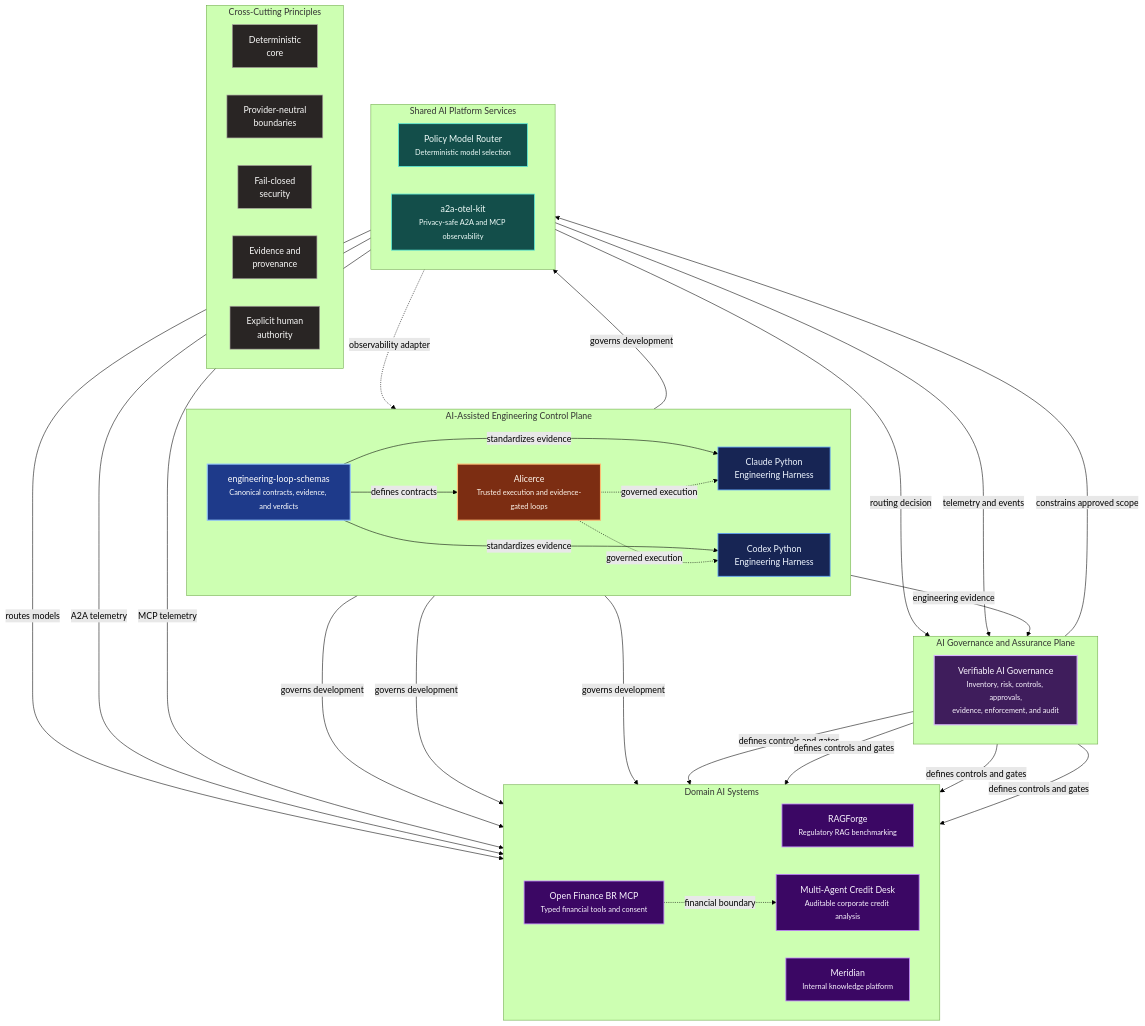
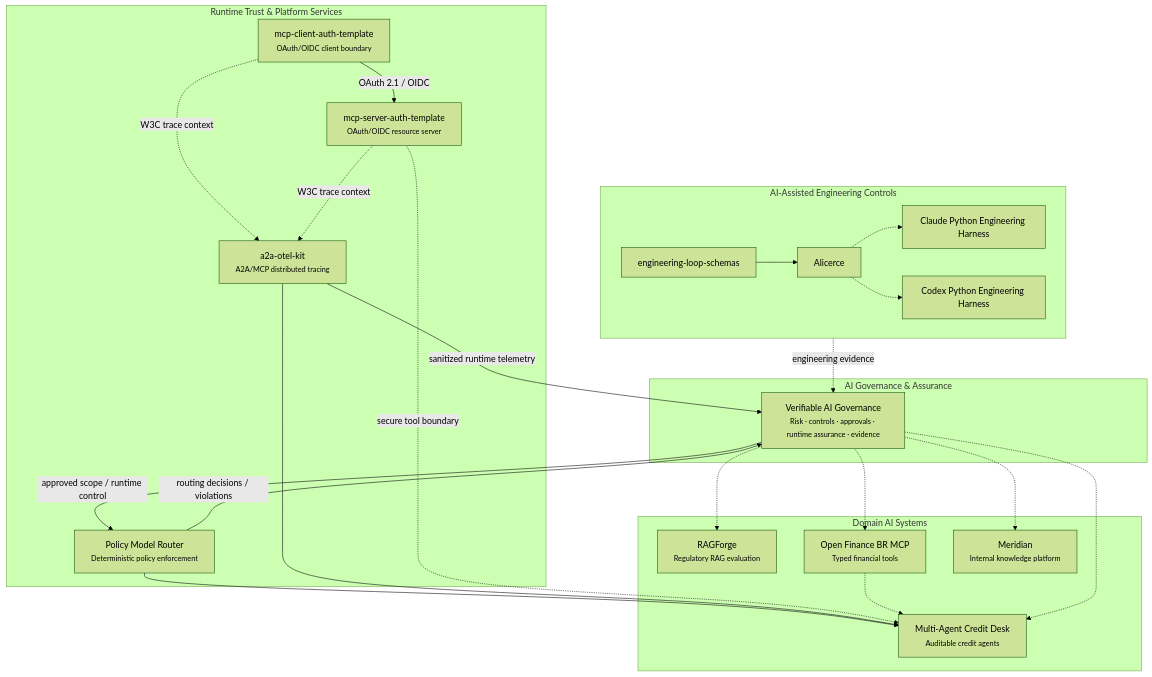
Before and after one commit to brunovicco/brunovicco: the first of 2 diagrams in PORTFOLIO_ARCHITECTURE.md, drawn with Mermaid (forest theme). The commit also changed other lines of this file and 8 other files, not shown here.

````diff
--- a/PORTFOLIO_ARCHITECTURE.md
+++ b/PORTFOLIO_ARCHITECTURE.md
@@ -18,80 +11,51 @@
 ```mermaid
 flowchart TB
-    subgraph GOVERNANCE["AI Governance and Assurance Plane"]
-        direction LR
-        VAG["Verifiable AI Governance<br/><small>Inventory, risk, controls, approvals,<br/>evidence, enforcement, and audit</small>"]
+    subgraph GOV["AI Governance & Assurance"]
+        VAG["Verifiable AI Governance<br/><small>Risk · controls · approvals · runtime assurance · evidence</small>"]
     end
 
-    subgraph CONTROL["AI-Assisted Engineering Control Plane"]
-        direction LR
-        LS["engineering-loop-schemas<br/><small>Canonical contracts, evidence, and verdicts</small>"]
-        AL["Alicerce<br/><small>Trusted execution and evidence-gated loops</small>"]
-        CH["Claude Python<br/>Engineering Harness"]
-        CX["Codex Python<br/>Engineering Harness"]
+    subgraph TRUST["Runtime Trust & Platform Services"]
+        PMR["Policy Model Router<br/><small>Deterministic policy enforcement</small>"]
+        A2A["a2a-otel-kit<br/><small>A2A/MCP distributed tracing</small>"]
+        MCPC["mcp-client-auth-template<br/><small>OAuth/OIDC client boundary</small>"]
+        MCPS["mcp-server-auth-template<br/><small>OAuth/OIDC resource server</small>"]
 
-        LS -->|"defines contracts"| AL
-        LS -->|"standardizes evidence"| CH
-        LS -->|"standardizes evidence"| CX
-        AL -.->|"governed execution"| CH
-        AL -.->|"governed execution"| CX
+        MCPC -->|"OAuth 2.1 / OIDC"| MCPS
+        MCPC -.->|"W3C trace context"| A2A
+        MCPS -.->|"W3C trace context"| A2A
     end
 
-    subgraph PLATFORM["Shared AI Platform Services"]
-        direction LR
-        PMR["Policy Model Router<br/><small>Deterministic model selection</small>"]
-        OTEL["a2a-otel-kit<br/><small>Privacy-safe A2A and MCP observability</small>"]
+    subgraph DOMAIN["Domain AI Systems"]
+        RAG["RAGForge<br/><small>Regulatory RAG evaluation</small>"]
+        CREDIT["Multi-Agent Credit Desk<br/><small>Auditable credit agents</small>"]
+        OF["Open Finance BR MCP<br/><small>Typed financial tools</small>"]
+        MER["Meridian<br/><small>Internal knowledge platform</small>"]
     end
 
-    subgraph APPS["Domain AI Systems"]
-        direction LR
-        RF["RAGForge<br/><small>Regulatory RAG benchmarking</small>"]
-        ME["Meridian<br/><small>Internal knowledge platform</small>"]
-        OF["Open Finance BR MCP<br/><small>Typed financial tools and consent</small>"]
-        CD["Multi-Agent Credit Desk<br/><small>Auditable corporate credit analysis</small>"]
+    subgraph ENG["AI-Assisted Engineering Controls"]
+        SCHEMAS["engineering-loop-schemas"]
+        ALICERCE["Alicerce"]
+        CLAUDE["Claude Python Engineering Harness"]
+        CODEX["Codex Python Engineering Harness"]
+
+        SCHEMAS --> ALICERCE
+        ALICERCE -.-> CLAUDE
+        ALICERCE -.-> CODEX
     end
 
-    VAG -->|"defines controls and gates"| RF
-    VAG -->|"defines controls and gates"| ME
-    VAG -->|"defines controls and gates"| OF
-    VAG -->|"defines controls and gates"| CD
-    VAG -->|"constrains approved scope"| PMR
-    PMR -->|"routing decision"| VAG
-    OTEL -->|"telemetry and events"| VAG
-    AL -->|"engineering evidence"| VAG
+    VAG -->|"approved scope / runtime control"| PMR
+    PMR -->|"routing decisions / violations"| VAG
+    A2A -->|"sanitized runtime telemetry"| VAG
 
-    CH -->|"governs development"| RF
-    CH -->|"governs development"| CD
-    CH -->|"governs development"| PMR
-    CX -->|"governs development"| ME
+    PMR --> CREDIT
+    A2A --> CREDIT
+    MCPS -.->|"secure tool boundary"| CREDIT
+    OF -.-> CREDIT
 
-    PMR -->|"routes models"| CD
-    OTEL -->|"A2A telemetry"| CD
-    OTEL -->|"MCP telemetry"| OF
-    OF -.->|"financial boundary"| CD
-    OTEL -.->|"observability adapter"| AL
+    VAG -.-> RAG
+    VAG -.-> CREDIT
+    VAG -.-> OF
+    VAG -.-> MER
 
-    subgraph PRINCIPLES["Cross-Cutting Principles"]
-        direction LR
-        P1["Deterministic<br/>core"]
-        P2["Provider-neutral<br/>boundaries"]
-        P3["Fail-closed<br/>security"]
-        P4["Evidence and<br/>provenance"]
-        P5["Explicit human<br/>authority"]
-    end
-
-    classDef governance fill:#3F1D5C,stroke:#D8B4FE,color:#FAF5FF,stroke-width:2px;
-    classDef control fill:#172554,stroke:#60A5FA,color:#EFF6FF,stroke-width:1.5px;
-    classDef platform fill:#134E4A,stroke:#5EEAD4,color:#F0FDFA,stroke-width:1.5px;
-    classDef domain fill:#3B0764,stroke:#C084FC,color:#FAF5FF,stroke-width:1.5px;
-    classDef principle fill:#292524,stroke:#A8A29E,color:#FAFAF9,stroke-width:1.2px;
-    classDef schema fill:#1E3A8A,stroke:#93C5FD,color:#FFFFFF,stroke-width:2px;
-    classDef runtime fill:#7C2D12,stroke:#FDBA74,color:#FFF7ED,stroke-width:2px;
-
-    class VAG governance;
-    class CH,CX control;
-    class LS schema;
-    class AL runtime;
-    class PMR,OTEL platform;
-    class RF,ME,OF,CD domain;
-    class P1,P2,P3,P4,P5 principle;
+    ENG -.->|"engineering evidence"| VAG
 ```
````
